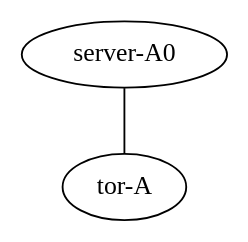
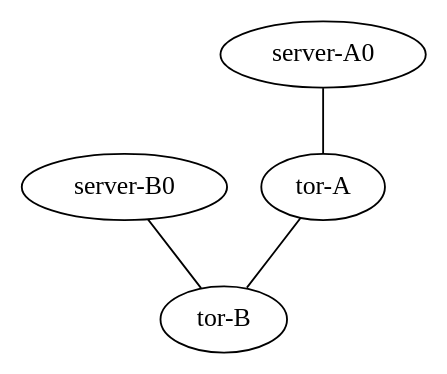
Before and after one commit to datacompucrs/DataCenter-1: the diagram in Vagrant/Get_Started/viewer.dot, drawn with Graphviz. The commit also changed 9 other files, not shown here.

```diff
--- a/Vagrant/Get_Started/viewer.dot
+++ b/Vagrant/Get_Started/viewer.dot
@@ -1,7 +1,12 @@
 graph vx {
-"tor-A" [function="host" vagrant="eth1" os="hashicorp/bionic64" version="1.0.282" memory="700" config="./helper_scripts/config_production_server.sh" ]
-"server-A0" [function="host" vagrant="eth1" os="hashicorp/bionic64" version="1.0.282" memory="700" config="./helper_scripts/config_production_server.sh" ]
+"tor-A" [function="host" vagrant="eth1" os="hashicorp/bionic64" version="1.0.282" memory="500" config="./helper_scripts/config_production_server.sh" ]
+"server-A0" [function="host" vagrant="eth1" os="hashicorp/bionic64" version="1.0.282" memory="500" config="./helper_scripts/config_production_server.sh" ]
+
+"tor-B" [function="host" vagrant="eth1" os="hashicorp/bionic64" version="1.0.282" memory="500" config="./helper_scripts/config_production_server.sh" ]
+"server-B0" [function="host" vagrant="eth1" os="hashicorp/bionic64" version="1.0.282" memory="500" config="./helper_scripts/config_production_server.sh" ]
 
 "server-A0":"eth1" -- "tor-A":"eth1" [left_mac="00:01:00:11:11:01"][right_mac="00:10:00:11:11:01"]
+"server-B0":"eth1" -- "tor-B":"eth1" [left_mac="00:02:00:11:11:01"][right_mac="00:20:00:11:11:01"]
+"tor-A":"eth2" -- "tor-B":"eth2" [left_mac="00:20:00:00:00:22"][right_mac="00:20:00:00:00:00"]
 
 }
```
